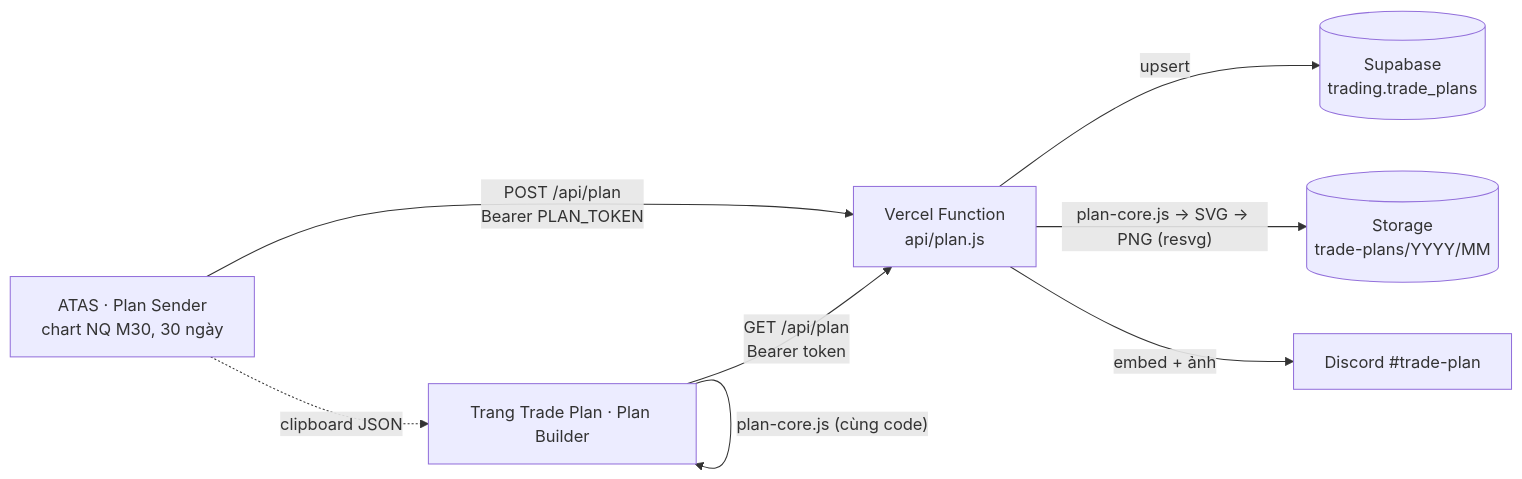
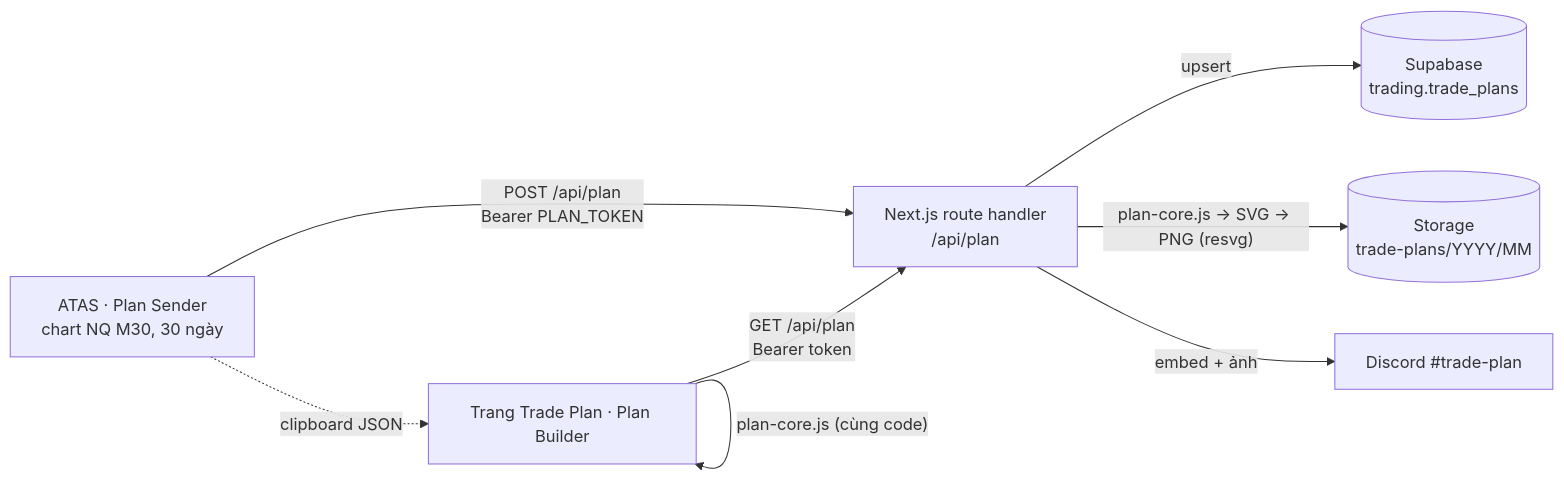
Before and after one commit to HiamDeren/orderflow-trading-system: the diagram in claude/02-kien-truc.md, drawn with Mermaid. The commit also changed other lines of this file and 103 other files, not shown here.

First line of the commit message:
Monorepo pnpm + Next.js: apps/web, route handler /api/plan, supabase/migrations

````diff
--- a/claude/02-kien-truc.md
+++ b/claude/02-kien-truc.md
@@ -16,10 +19,10 @@
 ```mermaid
 flowchart LR
-  A[ATAS · Plan Sender<br/>chart NQ M30, 30 ngày] -- "POST /api/plan<br/>Bearer PLAN_TOKEN" --> B[Vercel Function<br/>api/plan.js]
+  A[ATAS · Plan Sender<br/>chart NQ M30, 30 ngày] -- "POST /api/plan<br/>Bearer PLAN_TOKEN" --> B[Next.js route handler<br/>/api/plan]
   A -. "clipboard JSON" .-> W
   B -- upsert --> C[(Supabase<br/>trading.trade_plans)]
   B -- "plan-core.js → SVG → PNG (resvg)" --> D[(Storage<br/>trade-plans/YYYY/MM)]
   B -- "embed + ảnh" --> E[Discord #trade-plan]
   W[Trang Trade Plan · Plan Builder] -- "GET /api/plan<br/>Bearer token" --> B
   W -- "plan-core.js (cùng code)" --> W
 ```
````
